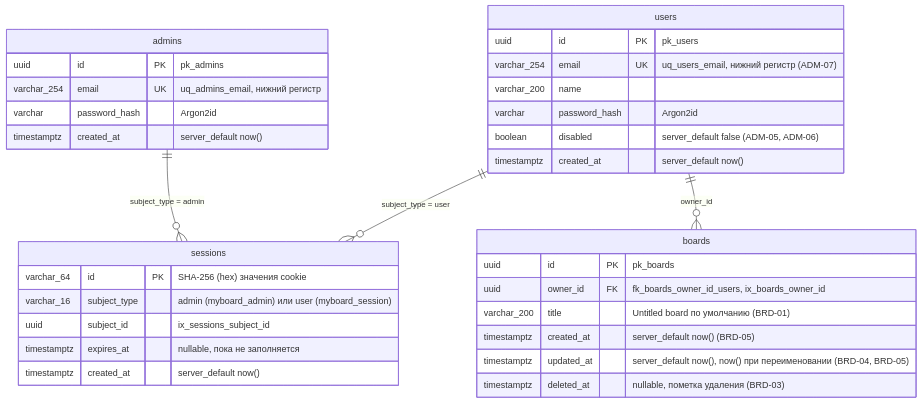
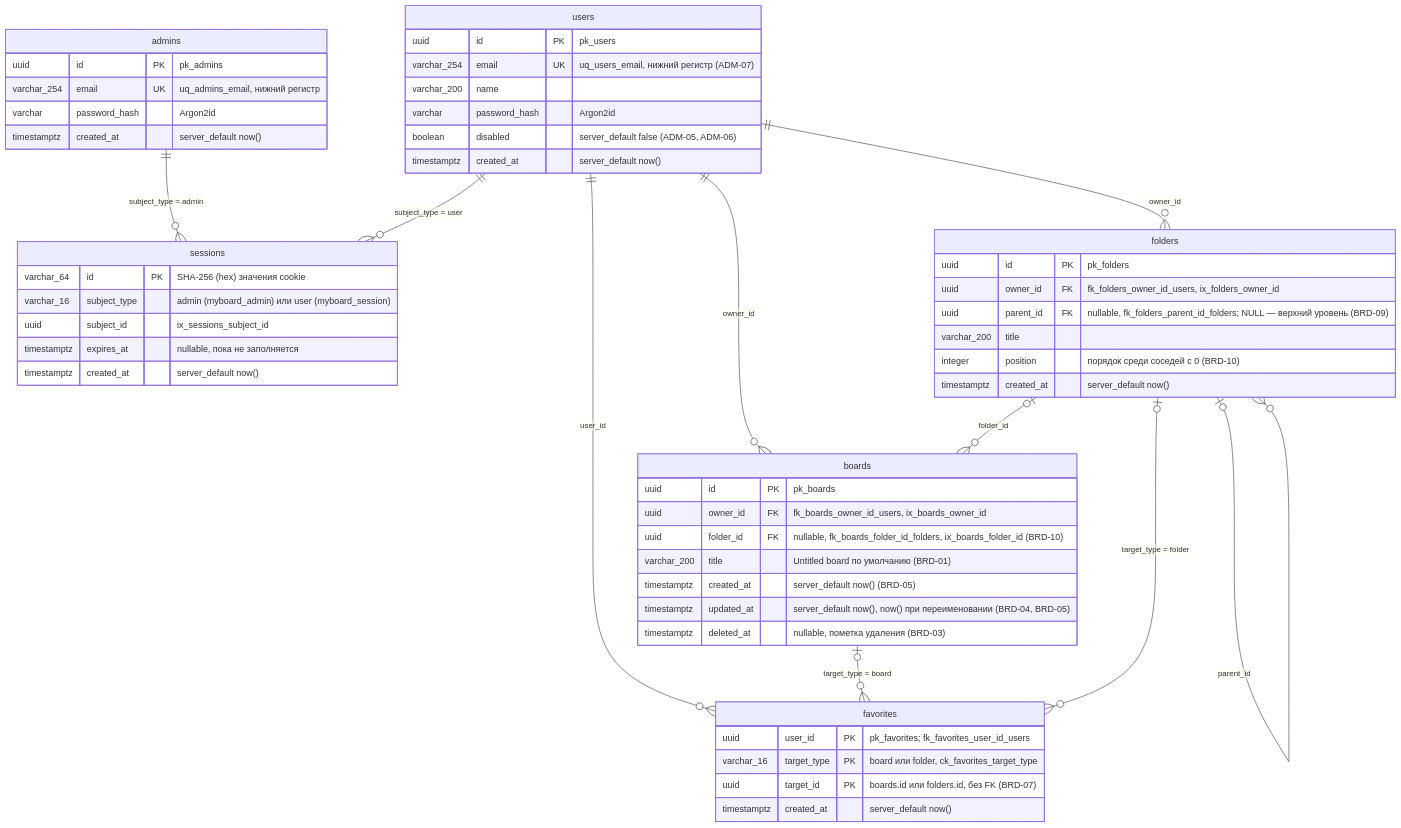
The diagram in uml/data-model.md (shumakove/myboard), drawn with Mermaid before and after one commit. The commit also changed other lines of this file and 3 other files, not shown here.

Commit message:
T2.2: Обновить UML-схемы папок и избранного

````diff
--- a/uml/data-model.md
+++ b/uml/data-model.md
@@ -5,35 +5,56 @@
 ```mermaid
 erDiagram
   admins {
     uuid id PK "pk_admins"
     varchar_254 email UK "uq_admins_email, нижний регистр"
     varchar password_hash "Argon2id"
     timestamptz created_at "server_default now()"
   }
   users {
     uuid id PK "pk_users"
     varchar_254 email UK "uq_users_email, нижний регистр (ADM-07)"
     varchar_200 name
     varchar password_hash "Argon2id"
     boolean disabled "server_default false (ADM-05, ADM-06)"
     timestamptz created_at "server_default now()"
   }
   sessions {
     varchar_64 id PK "SHA-256 (hex) значения cookie"
     varchar_16 subject_type "admin (myboard_admin) или user (myboard_session)"
     uuid subject_id "ix_sessions_subject_id"
     timestamptz expires_at "nullable, пока не заполняется"
     timestamptz created_at "server_default now()"
   }
+  folders {
+    uuid id PK "pk_folders"
+    uuid owner_id FK "fk_folders_owner_id_users, ix_folders_owner_id"
+    uuid parent_id FK "nullable, fk_folders_parent_id_folders; NULL — верхний уровень (BRD-09)"
+    varchar_200 title
+    integer position "порядок среди соседей с 0 (BRD-10)"
+    timestamptz created_at "server_default now()"
+  }
   boards {
     uuid id PK "pk_boards"
     uuid owner_id FK "fk_boards_owner_id_users, ix_boards_owner_id"
+    uuid folder_id FK "nullable, fk_boards_folder_id_folders, ix_boards_folder_id (BRD-10)"
     varchar_200 title "Untitled board по умолчанию (BRD-01)"
     timestamptz created_at "server_default now() (BRD-05)"
     timestamptz updated_at "server_default now(), now() при переименовании (BRD-04, BRD-05)"
     timestamptz deleted_at "nullable, пометка удаления (BRD-03)"
   }
+  favorites {
+    uuid user_id PK "pk_favorites; fk_favorites_user_id_users"
+    varchar_16 target_type PK "board или folder, ck_favorites_target_type"
+    uuid target_id PK "boards.id или folders.id, без FK (BRD-07)"
+    timestamptz created_at "server_default now()"
+  }
   admins ||--o{ sessions : "subject_type = admin"
   users ||--o{ sessions : "subject_type = user"
   users ||--o{ boards : "owner_id"
+  users ||--o{ folders : "owner_id"
+  folders |o--o{ folders : "parent_id"
+  folders |o--o{ boards : "folder_id"
+  users ||--o{ favorites : "user_id"
+  boards |o--o{ favorites : "target_type = board"
+  folders |o--o{ favorites : "target_type = folder"
 ```
````
